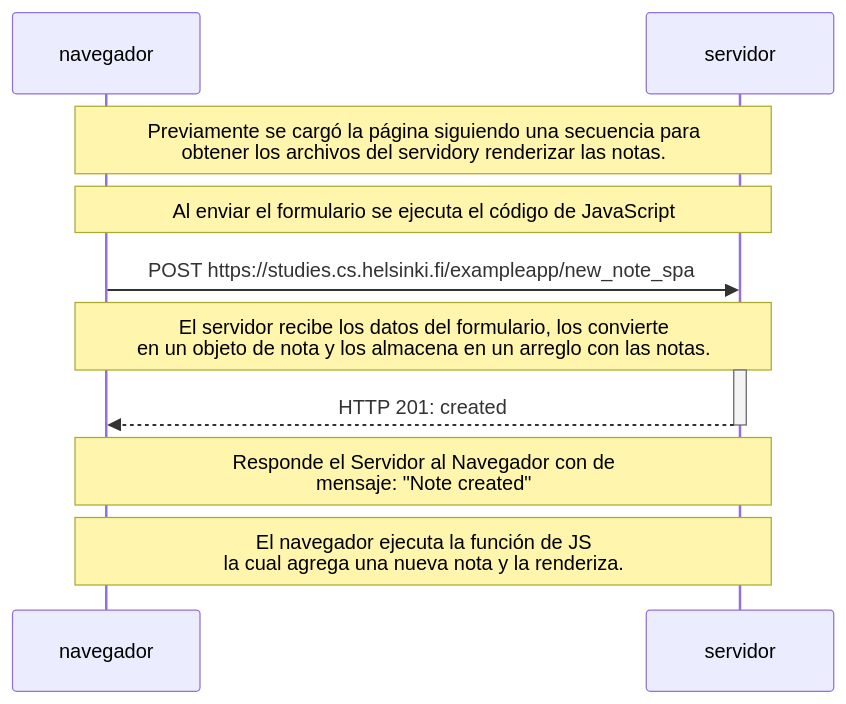
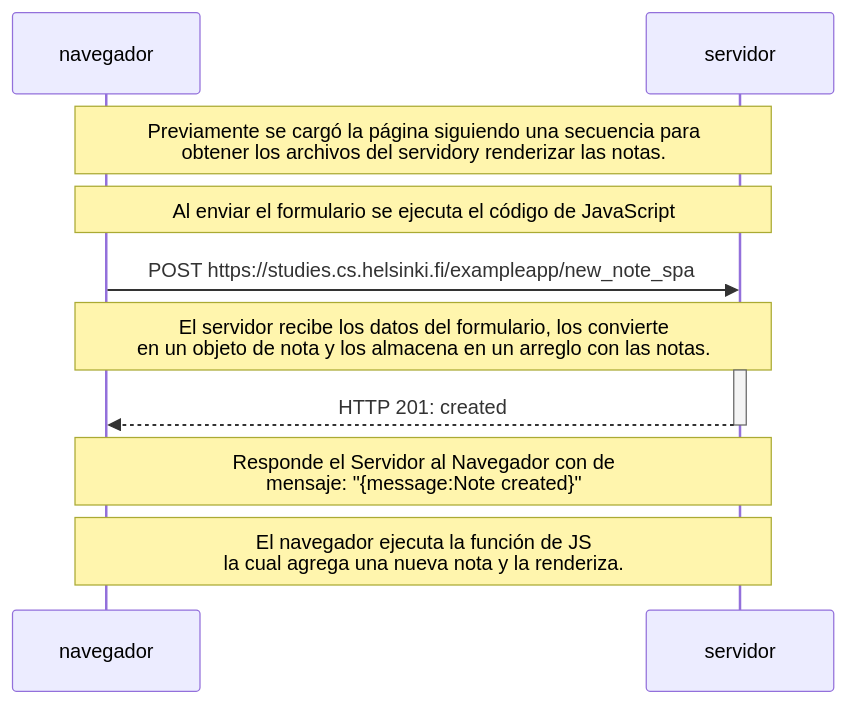
One commit to CuteLoop/fullstack-open changed the diagram in parte-0/ejercicio-0.6.mmd. Above: the diagram before and after it, drawn with Mermaid.

```diff
--- a/parte-0/ejercicio-0.6.mmd
+++ b/parte-0/ejercicio-0.6.mmd
@@ -1,19 +1,19 @@
 
 
 sequenceDiagram
     participant navegador
     participant servidor
 
     Note over navegador,servidor: Previamente se cargó la página siguiendo una secuencia para <br/> obtener los archivos del servidory renderizar las notas.
     Note over navegador,servidor: Al enviar el formulario se ejecuta el código de JavaScript
 
     navegador->>servidor: POST https://studies.cs.helsinki.fi/exampleapp/new_note_spa
     Note over navegador,servidor: El servidor recibe los datos del formulario, los convierte <br/> en un objeto de nota y los almacena en un arreglo con las notas.
     
     activate servidor
     servidor-->>navegador: HTTP 201: created
     deactivate servidor
 
-   Note over navegador,servidor: Responde el Servidor al Navegador con  de <br/> mensaje: "Note created"
+   Note over navegador,servidor: Responde el Servidor al Navegador con  de <br/> mensaje: "{message:Note created}"
 
    Note over navegador,servidor: El navegador ejecuta la función de JS<br/> la cual agrega una nueva nota y la renderiza.
```
